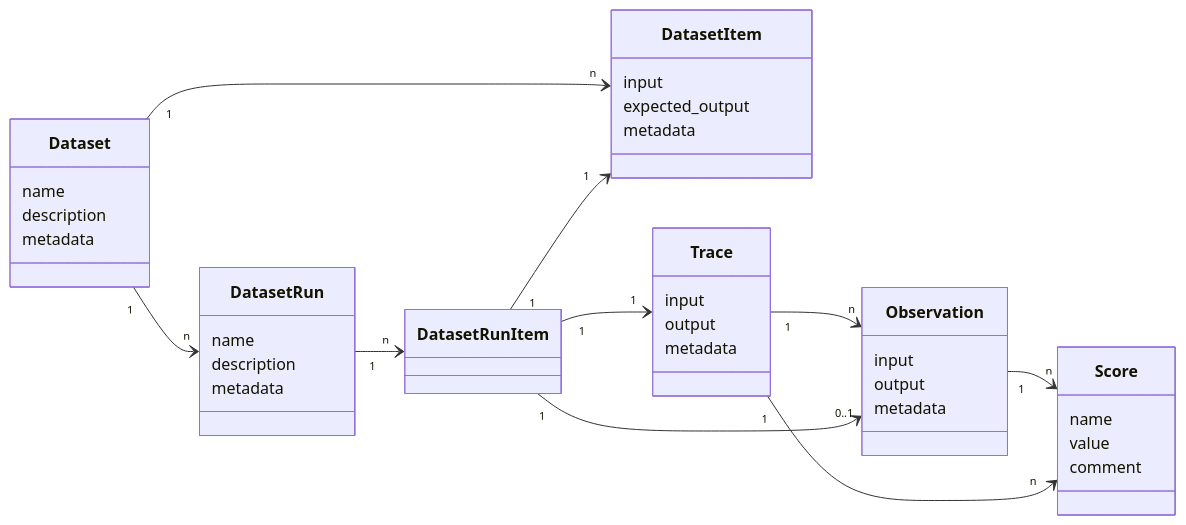
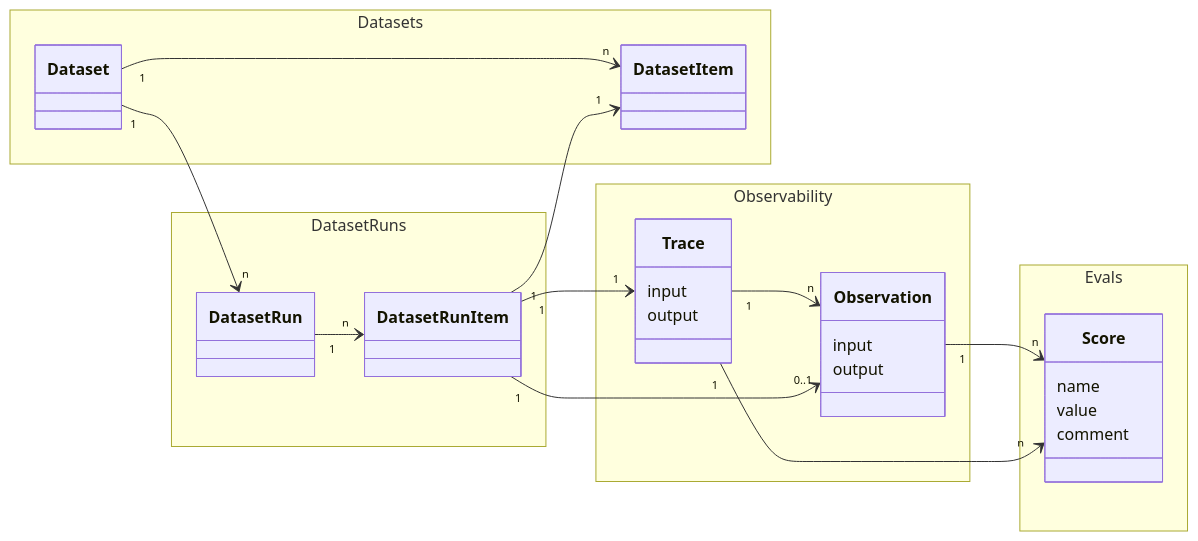
The third of 3 diagrams in components-mdx/datasets-datamodel.mdx (langfuse/langfuse-docs), drawn with Mermaid before and after one commit. The commit also changed other lines of this file and 1 other file, not shown here.

````diff
--- a/components-mdx/datasets-datamodel.mdx
+++ b/components-mdx/datasets-datamodel.mdx
@@ -94,62 +122,65 @@
 ```mermaid
 classDiagram
 direction LR
+	namespace Datasets {
+        class Dataset {
+        }
+        class DatasetItem {
+        }
+    }
+    namespace DatasetRuns {
+        class DatasetRun {
+        }
+        class DatasetRunItem {
+        }
+    }
+    namespace Observability {
+        class Trace {
+        }
+        class Observation {
+        }
+        }
+    namespace Evals {
+        class Score {
+        }    
+    }
+
+    
+    class DatasetRun {
+    }
+
+    class DatasetRunItem {
+    }
+	
     class Dataset {
-        name
-        description
-        metadata
     }
 
     class DatasetItem {
-        input
-        expected_output
-        metadata
-    }
-
-    Dataset "1" --> "n" DatasetItem
-
-
-
-    class DatasetRun {
-        name
-        description
-        metadata
-    }
-
-    Dataset "1" --> "n" DatasetRun
-    DatasetRun "1" --> "n" DatasetRunItem
-
-    class DatasetRunItem {
     }
 
     class Trace {
-        input
-        output
-        metadata
+	    input
+	    output
     }
 
     class Observation {
         input
-        output
-        metadata
+	    output
     }
 
+    class Score {
+	    name
+	    value
+	    comment
+    }
 
+    Dataset "1" --> "n" DatasetItem
+    Dataset "1" --> "n" DatasetRun
+    DatasetRun "1" --> "n" DatasetRunItem
     DatasetRunItem "1" --> "1" DatasetItem
-
     Trace "1" --> "n" Observation
     DatasetRunItem "1" --> "1" Trace
     DatasetRunItem "1" --> "0..1" Observation
-
-
-
     Observation "1" --> "n" Score
-
     Trace "1" --> "n" Score
-
-    class Score {
-        name
-        value
-        comment
-    }
 ```
````
